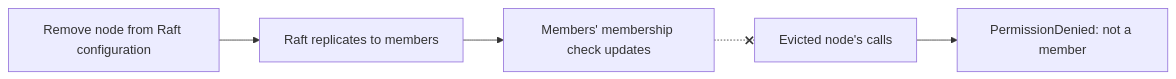
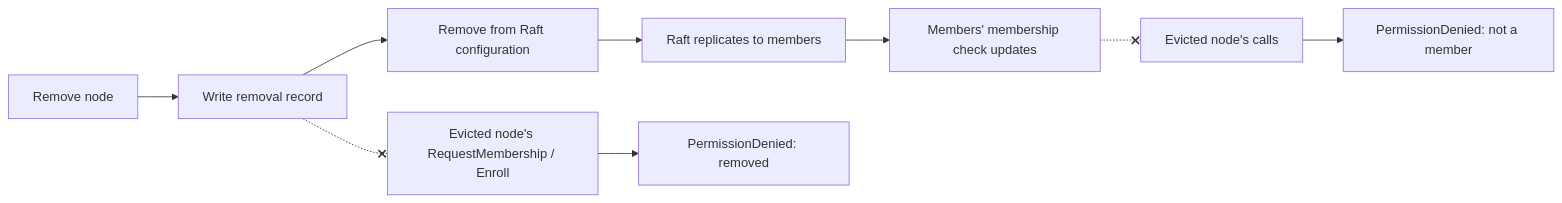
One commit to kluzzebass/gastrolog changed the fifth of 5 diagrams in docs/cluster_enrollment.md. Above: the diagram before and after it, drawn with Mermaid. The commit also changed other lines of this file and 33 other files, not shown here.

````diff
--- a/docs/cluster_enrollment.md
+++ b/docs/cluster_enrollment.md
@@ -185,7 +223,11 @@
 ```mermaid
 flowchart LR
-    Remove["Remove node from Raft configuration"] --> Replicate["Raft replicates to members"]
+    Remove["Remove node"] --> Record["Write removal record"]
+    Record --> Config["Remove from Raft configuration"]
+    Config --> Replicate["Raft replicates to members"]
     Replicate --> Members["Members' membership check updates"]
     Members -.-x Evicted["Evicted node's calls"]
     Evicted --> Rejected["PermissionDenied: not a member"]
+    Record -.-x Rejoin["Evicted node's RequestMembership / Enroll"]
+    Rejoin --> Refused["PermissionDenied: removed"]
 ```
````
